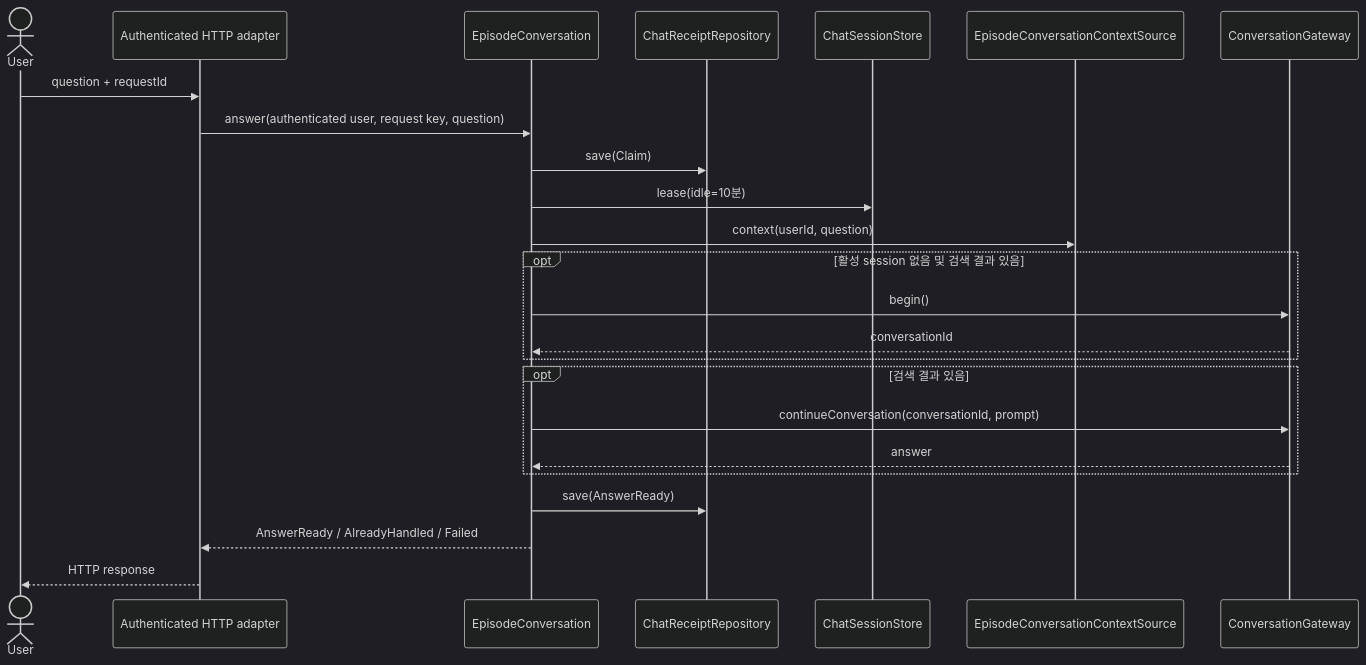
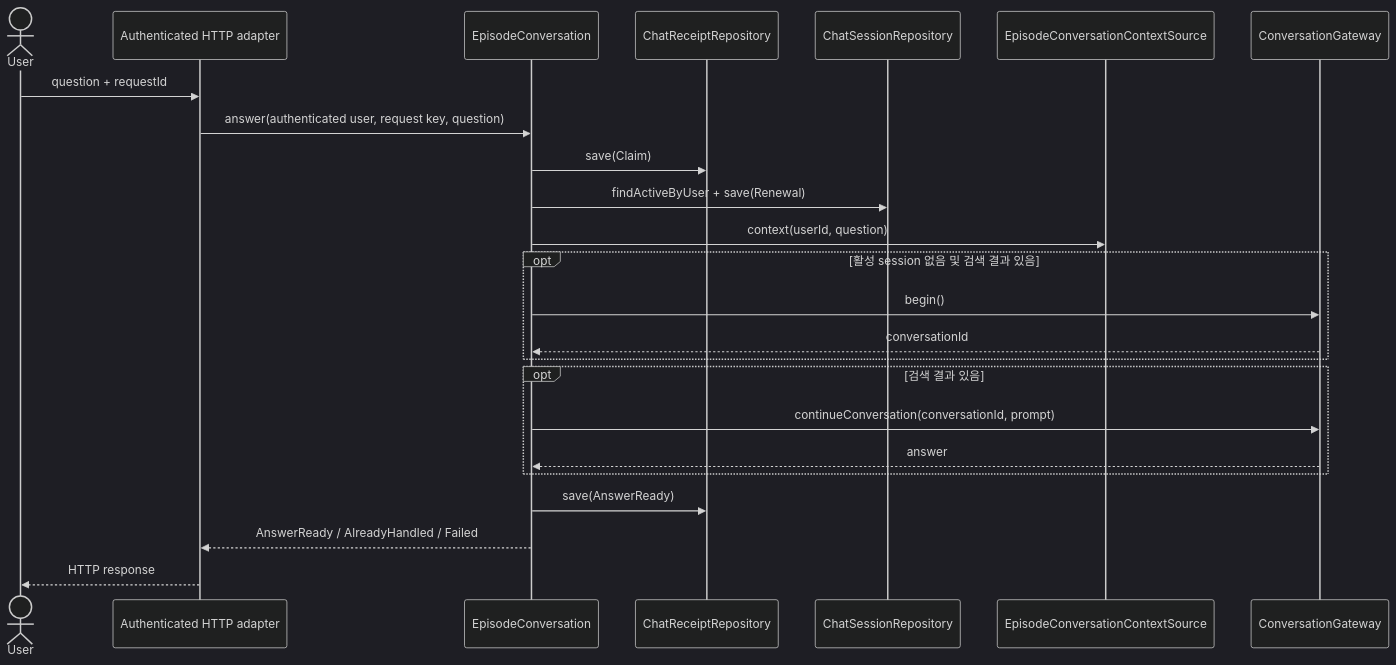
Before and after one commit to magenta1223/home_assistant: the second of 2 diagrams in application/src/main/kotlin/com/homeassistant/application/usecase/README.md, drawn with Mermaid (dark theme). The commit also changed 13 other files, not shown here.

Commit message:
refactor: Replace ChatSessionStore with ChatSessionRepository and judge idle sessions in ChatService

````diff
--- a/application/src/main/kotlin/com/homeassistant/application/usecase/README.md
+++ b/application/src/main/kotlin/com/homeassistant/application/usecase/README.md
@@ -55,27 +55,27 @@
 ```mermaid
 sequenceDiagram
     actor User
     participant HTTP as Authenticated HTTP adapter
     participant Conversation as EpisodeConversation
     participant Receipts as ChatReceiptRepository
-    participant Sessions as ChatSessionStore
+    participant Sessions as ChatSessionRepository
     participant Context as EpisodeConversationContextSource
     participant Gateway as ConversationGateway
 
     User->>HTTP: question + requestId
     HTTP->>Conversation: answer(authenticated user, request key, question)
     Conversation->>Receipts: save(Claim)
-    Conversation->>Sessions: lease(idle=10분)
+    Conversation->>Sessions: findActiveByUser + save(Renewal)
     Conversation->>Context: context(userId, question)
     opt 활성 session 없음 및 검색 결과 있음
         Conversation->>Gateway: begin()
         Gateway-->>Conversation: conversationId
     end
     opt 검색 결과 있음
         Conversation->>Gateway: continueConversation(conversationId, prompt)
         Gateway-->>Conversation: answer
     end
     Conversation->>Receipts: save(AnswerReady)
     Conversation-->>HTTP: AnswerReady / AlreadyHandled / Failed
     HTTP-->>User: HTTP response
 ```
````
